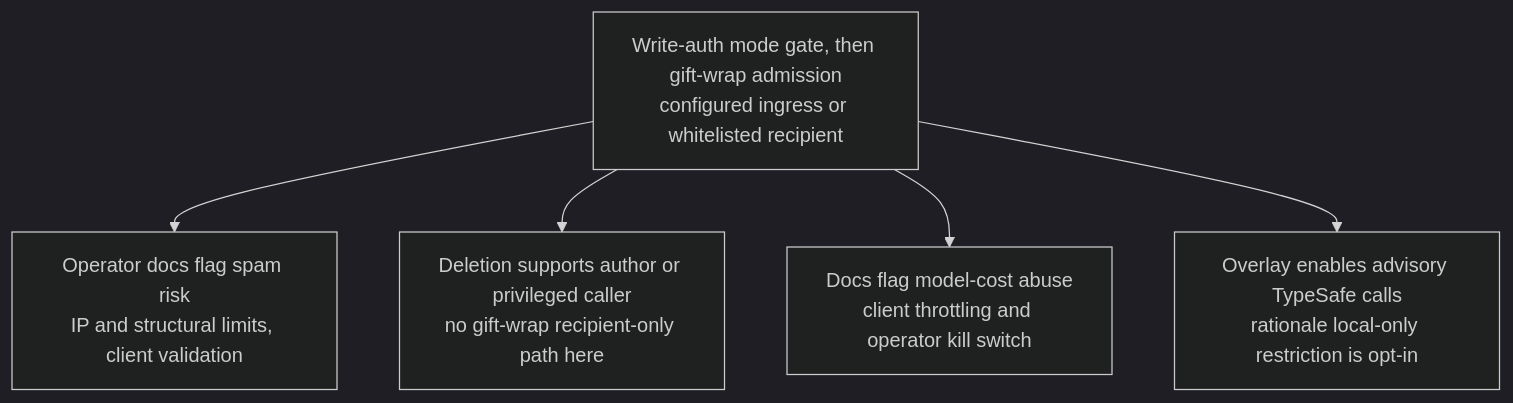
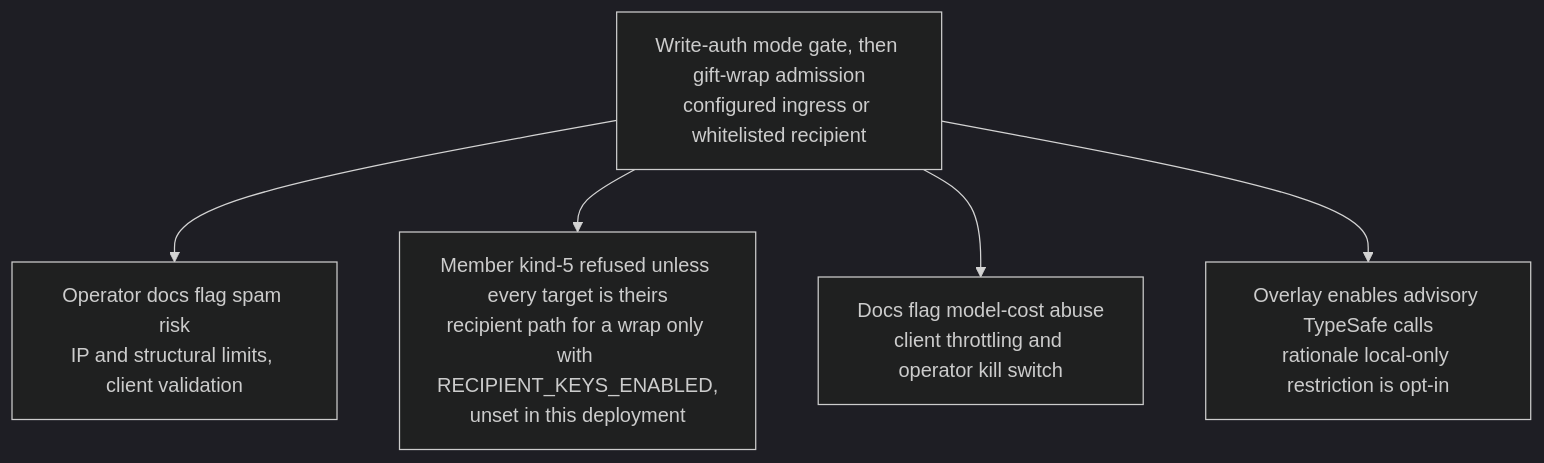
Before and after one commit to DreamLab-AI/VisionFlow: the fourth of 7 diagrams in docs/diagrams/dreamlab-ai-website/04-identity-zones-and-security-posture.md, drawn with Mermaid (dark theme). The commit also changed other lines of this file and 6 other files, not shown here.

First line of the commit message:
docs(diagrams): re-verify dreamlab-ai-website DW-01..06, DW-10 against 567bed6

````diff
--- a/docs/diagrams/dreamlab-ai-website/04-identity-zones-and-security-posture.md
+++ b/docs/diagrams/dreamlab-ai-website/04-identity-zones-and-security-posture.md
@@ -89,15 +91,16 @@
 ```mermaid
 flowchart TB
-    %% Source: ../nostr-rust-forum/crates/nostr-bbs-relay-worker/src/relay_do/nip_handlers.rs:1087
-    %% Source: ../nostr-rust-forum/crates/nostr-bbs-relay-worker/src/relay_do/nip_handlers.rs:1135
+    %% Source: ../nostr-rust-forum/crates/nostr-bbs-relay-worker/src/relay_do/nip_handlers.rs:1142
+    %% Source: ../nostr-rust-forum/crates/nostr-bbs-relay-worker/src/relay_do/nip_handlers.rs:1175
     A["Write-auth mode gate, then gift-wrap admission<br/>configured ingress or whitelisted recipient"]
     %% Source: ../dreamlab-ai-website/docs/security/SECURITY_OVERVIEW.md:282
     A --> B["Operator docs flag spam risk<br/>IP and structural limits, client validation"]
-    %% Source: ../nostr-rust-forum/crates/nostr-bbs-relay-worker/src/relay_do/nip_handlers.rs:2453-2457
-    A --> C["Deletion supports author or privileged caller<br/>no gift-wrap recipient-only path here"]
+    %% Source: ../nostr-rust-forum/crates/nostr-bbs-relay-worker/src/relay_do/nip_handlers.rs:2949-2955
+    %% Source: ../nostr-rust-forum/crates/nostr-bbs-relay-worker/src/relay_do/nip_handlers.rs:3379
+    A --> C["Member kind-5 refused unless every target is theirs<br/>recipient path for a wrap only with RECIPIENT_KEYS_ENABLED,<br/>unset in this deployment"]
     %% Source: ../dreamlab-ai-website/docs/security/SECURITY_OVERVIEW.md:284
     A --> D["Docs flag model-cost abuse<br/>client throttling and operator kill switch"]
     %% Source: ../dreamlab-ai-website/forum-config/deploy/SYSTEM-ONE.md:3
     %% Source: ../dreamlab-ai-website/forum-config/deploy/SYSTEM-ONE.md:13
     A --> E["Overlay enables advisory TypeSafe calls<br/>rationale local-only restriction is opt-in"]
 ```
````
